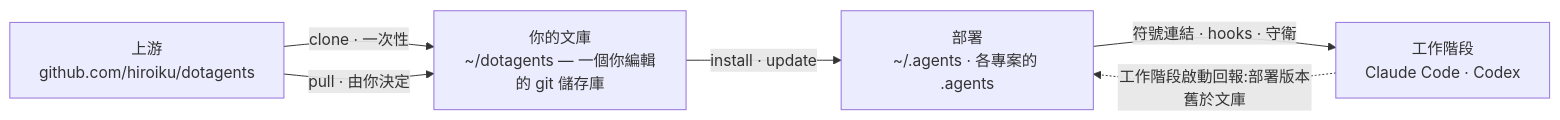
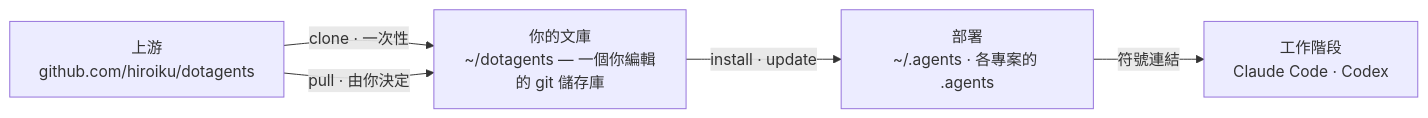
The diagram in docs/README.zh-TW.md (hiroiku/dotagents), drawn with Mermaid before and after one commit. The commit also changed other lines of this file and 25 other files, not shown here.

````diff
--- a/docs/README.zh-TW.md
+++ b/docs/README.zh-TW.md
@@ -18,12 +18,11 @@
 ```mermaid
 flowchart LR
     UP["上游<br>github.com/hiroiku/dotagents"]
     C["你的文庫<br>~/dotagents — 一個你編輯的 git 儲存庫"]
     A["部署<br>~/.agents · 各專案的 .agents"]
     S["工作階段<br>Claude Code · Codex"]
     UP -->|"clone · 一次性"| C
     UP -->|"pull · 由你決定"| C
     C -->|"install · update"| A
-    A -->|"符號連結 · hooks · 守衛"| S
-    S -.->|"工作階段啟動回報:部署版本舊於文庫"| A
+    A -->|"符號連結"| S
 ```
````
